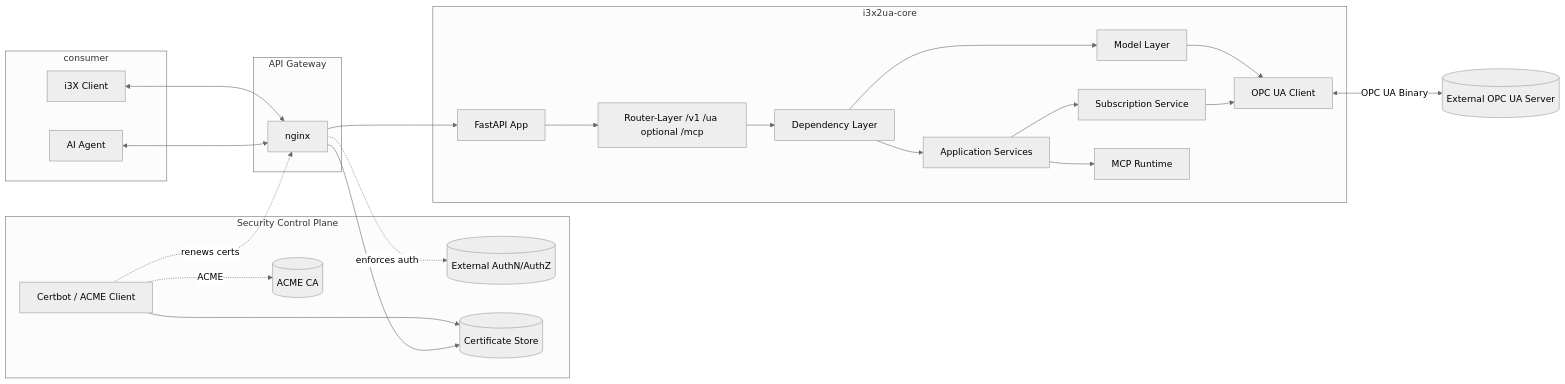
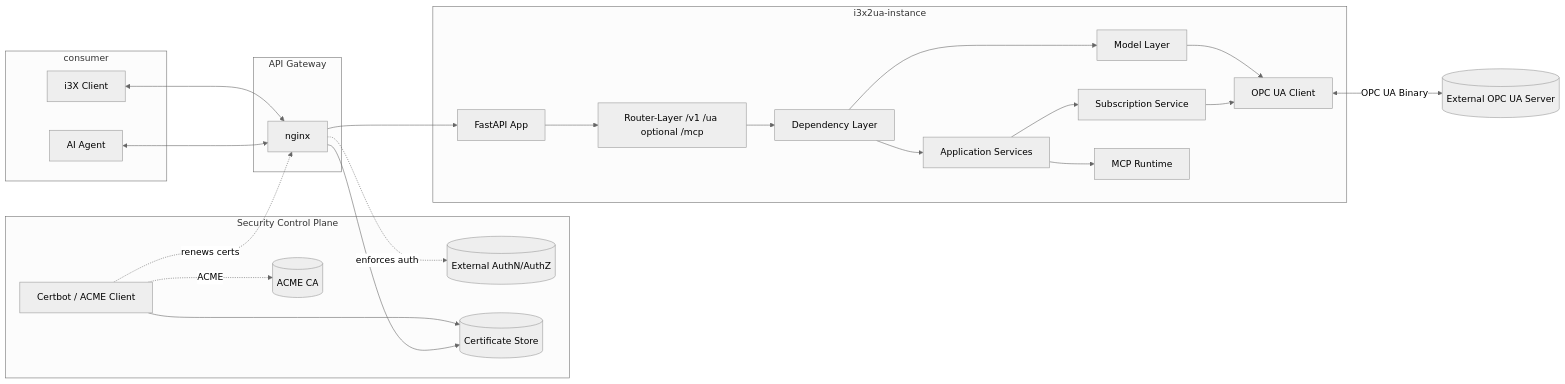
One commit to AndreasHeine/i3x2ua changed the first of 2 diagrams in README.md. Above: the diagram before and after it, drawn with Mermaid (neutral theme). The commit also changed other lines of this file, not shown here.

Commit message:
Rename subgraph and update limitations section
Updated subgraph name from 'Core' to 'Core[i3x2ua-instance]' and removed a limitation note.

````diff
--- a/README.md
+++ b/README.md
@@ -15,50 +15,50 @@
 ```mermaid
 flowchart LR
 	subgraph Consumer[consumer]
 		Client[i3X Client]
 		Agent[AI Agent]
 	end
 
 	subgraph Deployment[API Gateway]
 		Nginx[nginx]
 	end
 
 	subgraph Security[Security Control Plane]
 		Auth[(External AuthN/AuthZ)]
 		Certbot[Certbot / ACME Client]
 		CertStore[(Certificate Store)]
 		AcmeCA[(ACME CA)]
 	end
 
 	API[FastAPI App]
 
 	Client <--> Nginx
 	Agent <--> Nginx
 	Nginx --> API
 	Nginx -. enforces auth .-> Auth
 	Certbot -. ACME .-> AcmeCA
 	Certbot --> CertStore
 	Nginx --> CertStore
 	Certbot -. renews certs .-> Nginx
 
-	subgraph Core[i3x2ua-core]
+	subgraph Core[i3x2ua-instance]
 		Routers[Router-Layer /v1 /ua optional /mcp]
 		Deps[Dependency Layer]
 		Services[Application Services]
 		Model[Model Layer]
 		SubSvc[Subscription Service]
 		McpRuntime[MCP Runtime]
 		OpcClient[OPC UA Client]
 
 		API --> Routers
 		Routers --> Deps
 		Deps --> Services
 		Deps --> Model
 		Services --> SubSvc
 		Services --> McpRuntime
 		Model --> OpcClient
 		SubSvc --> OpcClient
 	end
 
 	OpcClient <-->|OPC UA Binary| UaServer[(External OPC UA Server)]
 ```
````
